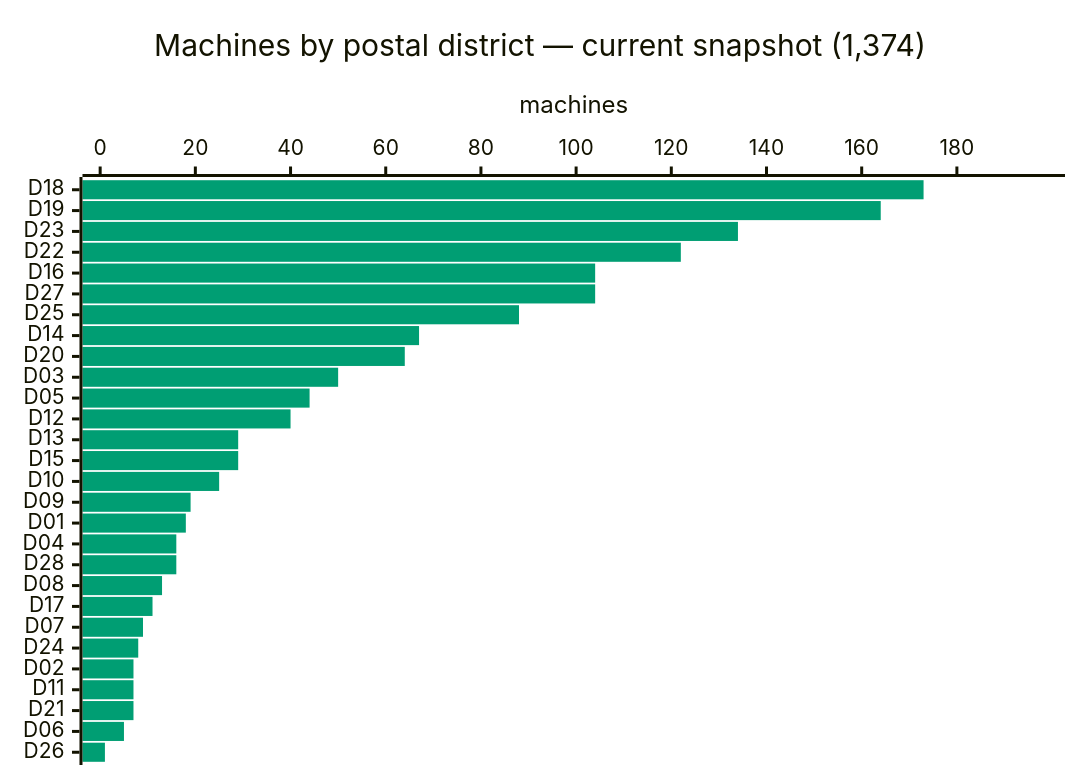
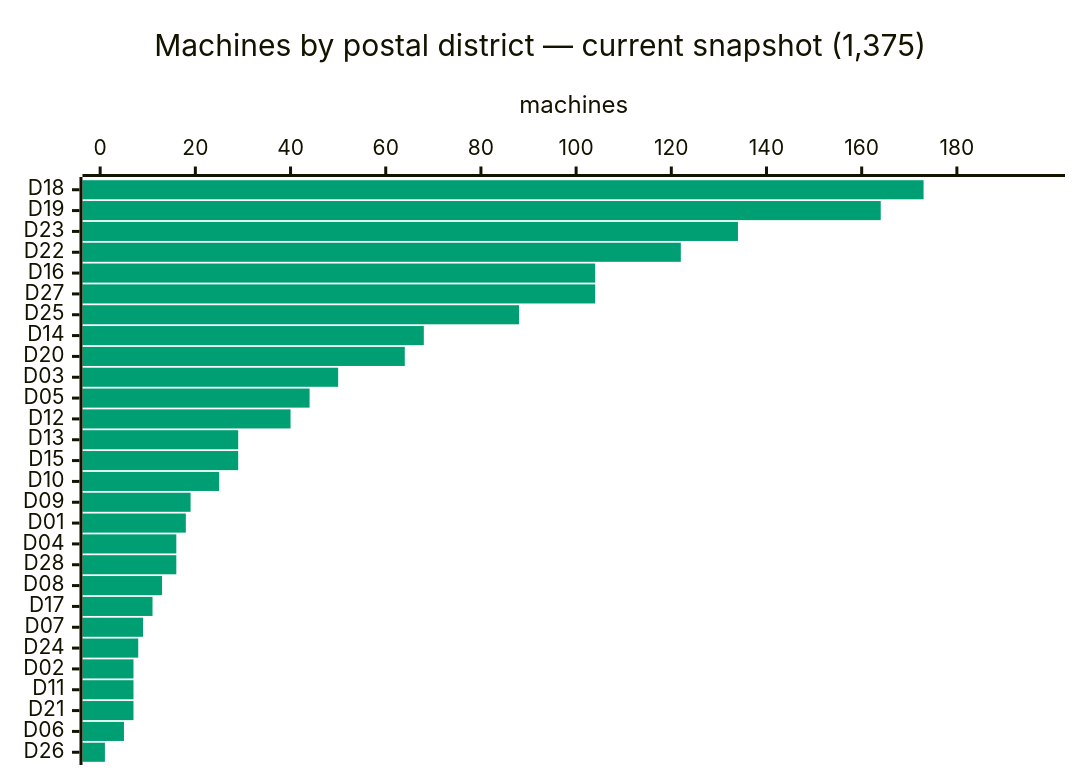
One commit to cheeaun/returnright-data changed the third of 5 diagrams in ANALYSIS.md. Above: the diagram before and after it, drawn with Mermaid. The commit also changed other lines of this file and 4 other files, not shown here.

````diff
--- a/ANALYSIS.md
+++ b/ANALYSIS.md
@@ -92,16 +88,16 @@
 ```mermaid
 ---
 config:
   themeVariables:
     xyChart:
       plotColorPalette: "#009E73"
   xyChart:
     chartOrientation: "horizontal"
     plotReservedSpacePercent: 40
 ---
 xychart-beta
-    title "Machines by postal district — current snapshot (1,374)"
+    title "Machines by postal district — current snapshot (1,375)"
     x-axis ["D18", "D19", "D23", "D22", "D16", "D27", "D25", "D14", "D20", "D03", "D05", "D12", "D13", "D15", "D10", "D09", "D01", "D04", "D28", "D08", "D17", "D07", "D24", "D02", "D11", "D21", "D06", "D26"]
     y-axis "machines" 0 --> 199
-    bar [173, 164, 134, 122, 104, 104, 88, 67, 64, 50, 44, 40, 29, 29, 25, 19, 18, 16, 16, 13, 11, 9, 8, 7, 7, 7, 5, 1]
+    bar [173, 164, 134, 122, 104, 104, 88, 68, 64, 50, 44, 40, 29, 29, 25, 19, 18, 16, 16, 13, 11, 9, 8, 7, 7, 7, 5, 1]
 ```
````
